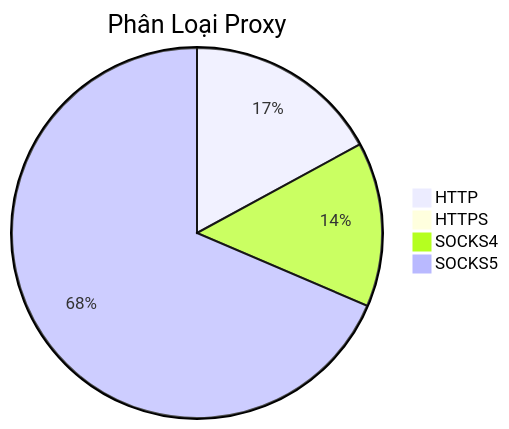
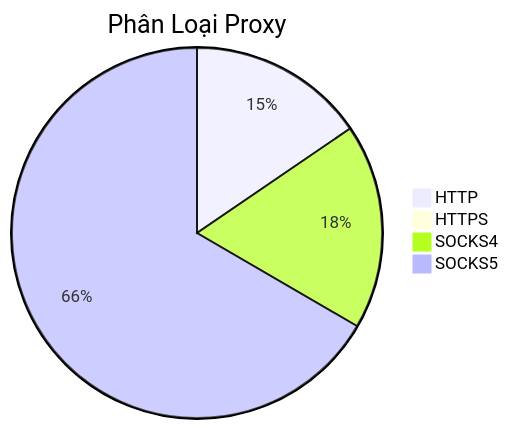
The diagram in README.md (Ciara-Aa/PROXY-free), drawn with Mermaid before and after one commit. The commit also changed other lines of this file and 4 other files, not shown here.

````diff
--- a/README.md
+++ b/README.md
@@ -26,7 +26,7 @@
 ```mermaid
 pie title Phân Loại Proxy
-    "HTTP" : 418
-    "HTTPS" : 10
-    "SOCKS4" : 352
-    "SOCKS5" : 1680
+    "HTTP" : 316
+    "HTTPS" : 11
+    "SOCKS4" : 366
+    "SOCKS5" : 1361
 ```
````
